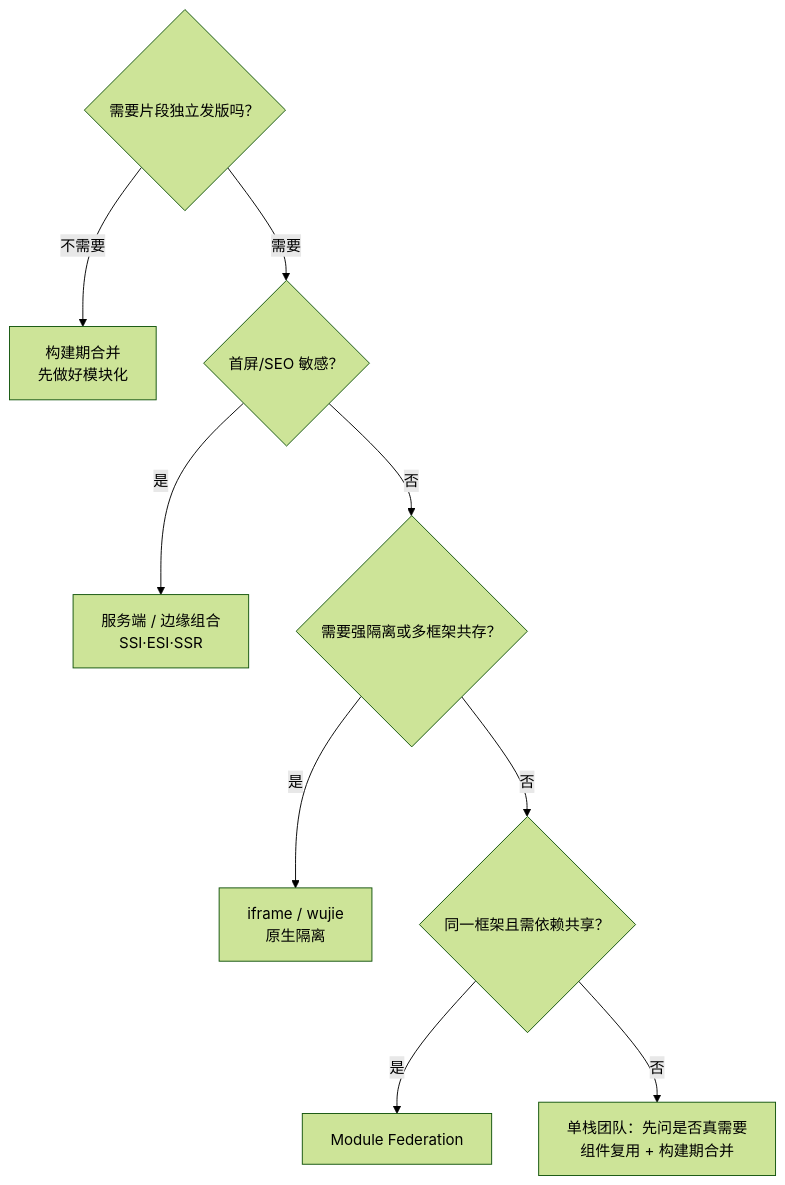
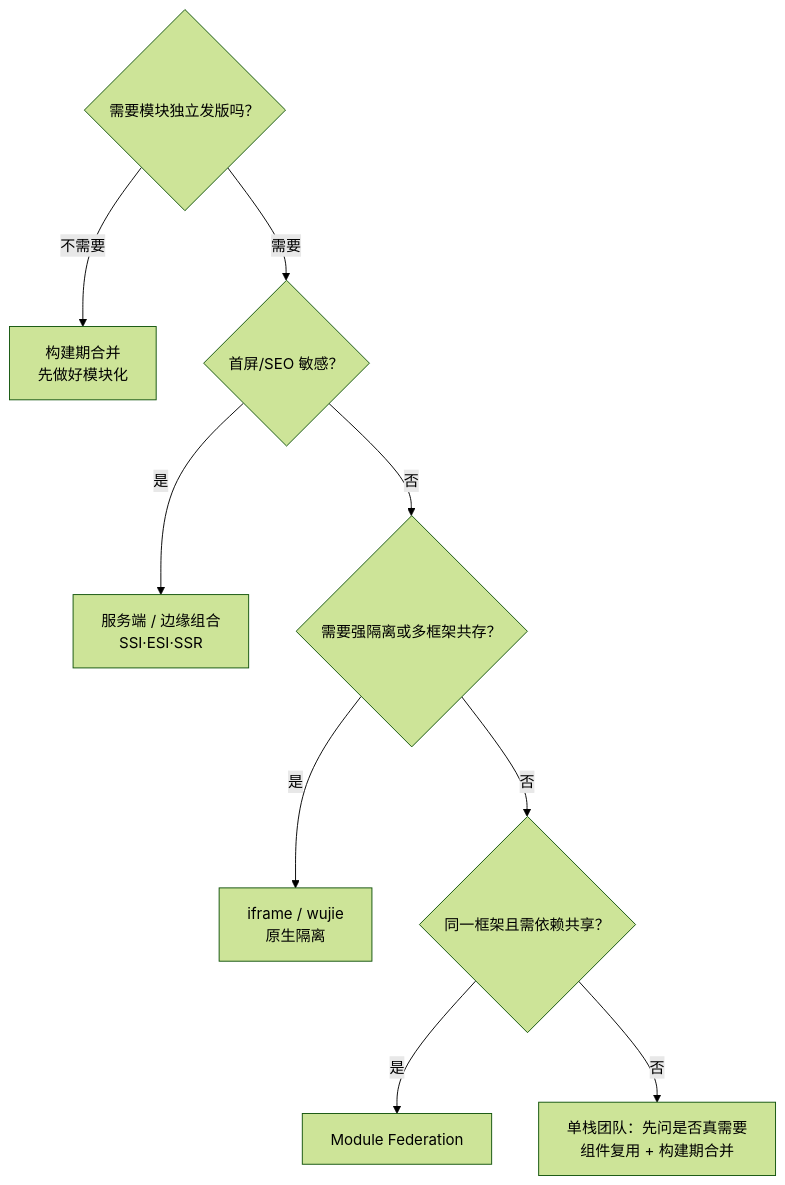
One commit to minjian123/basic-management-system changed the diagram in bms文档/资料/知识档案/微前端/03_微前端_技术方案对比.md. Above: the diagram before and after it, drawn with Mermaid (forest theme). The commit also changed other lines of this file and 274 other files, not shown here.

````diff
--- a/bms文档/资料/知识档案/微前端/03_微前端_技术方案对比.md
+++ b/bms文档/资料/知识档案/微前端/03_微前端_技术方案对比.md
@@ -105,12 +105,12 @@
 ```mermaid
 flowchart TD
-    Q1{需要片段独立发版吗？} -->|不需要| BT[构建期合并<br/>先做好模块化]
+    Q1{需要模块独立发版吗？} -->|不需要| BT[构建期合并<br/>先做好模块化]
     Q1 -->|需要| Q2{首屏/SEO 敏感？}
     Q2 -->|是| SS[服务端 / 边缘组合<br/>SSI·ESI·SSR]
     Q2 -->|否| Q3{需要强隔离或多框架共存？}
     Q3 -->|是| RT1[iframe / wujie<br/>原生隔离]
     Q3 -->|否| Q4{同一框架且需依赖共享？}
     Q4 -->|是| MF[Module Federation]
     Q4 -->|否| RT2[单栈团队：先问是否真需要<br/>组件复用 + 构建期合并]
     classDef k fill:#e8eef4,stroke:#38a,color:#111
 ```
````
